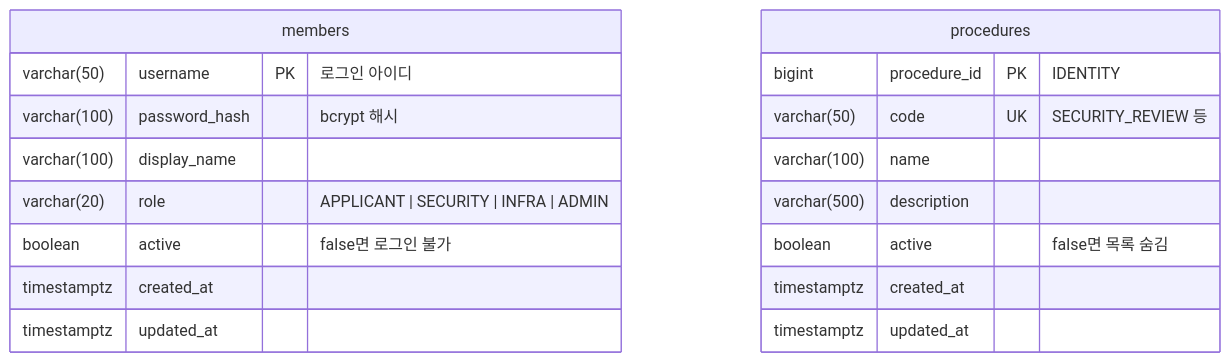
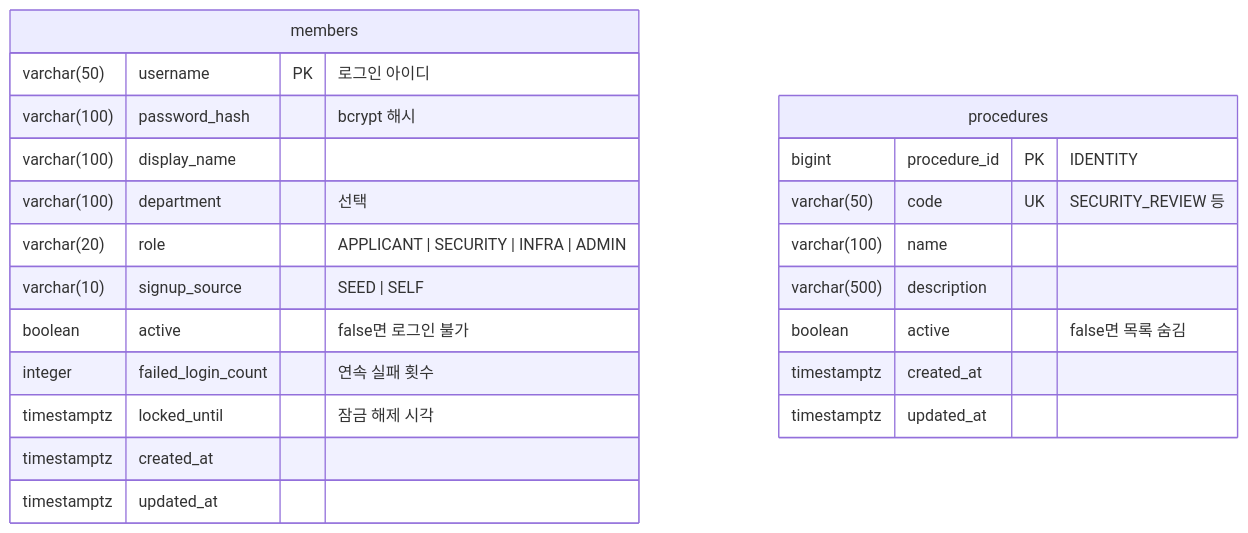
The first of 2 diagrams in README.md (team-khfc/Security-Advisor-Back), drawn with Mermaid before and after one commit. The commit also changed other lines of this file and 27 other files, not shown here.

````diff
--- a/README.md
+++ b/README.md
@@ -33,21 +49,25 @@
 ```mermaid
 erDiagram
     members {
         varchar(50)  username PK "로그인 아이디"
         varchar(100) password_hash "bcrypt 해시"
         varchar(100) display_name
+        varchar(100) department "선택"
         varchar(20)  role "APPLICANT | SECURITY | INFRA | ADMIN"
+        varchar(10)  signup_source "SEED | SELF"
         boolean      active "false면 로그인 불가"
+        integer      failed_login_count "연속 실패 횟수"
+        timestamptz  locked_until "잠금 해제 시각"
         timestamptz  created_at
         timestamptz  updated_at
     }
     procedures {
         bigint       procedure_id PK "IDENTITY"
         varchar(50)  code UK "SECURITY_REVIEW 등"
         varchar(100) name
         varchar(500) description
         boolean      active "false면 목록 숨김"
         timestamptz  created_at
         timestamptz  updated_at
     }
 ```
````
